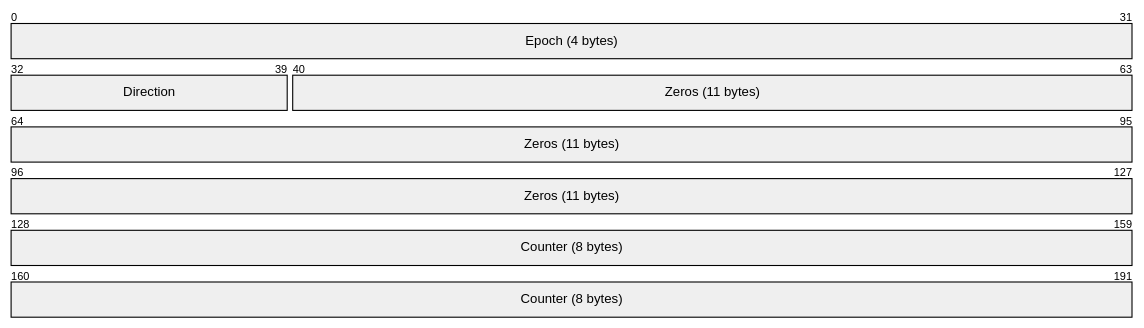
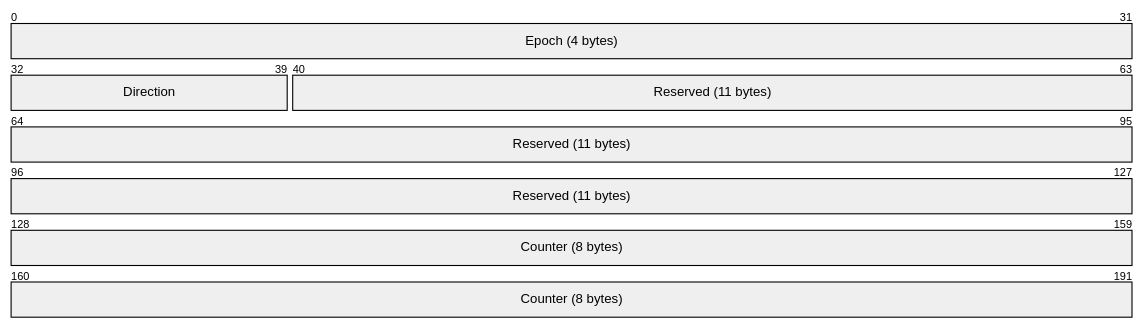
Before and after one commit to DanEscher98/nomad-specs: the fifth of 7 diagrams in specs/1-SECURITY.md, drawn with Mermaid. The commit also changed other lines of this file and 2 other files, not shown here.

````diff
--- a/specs/1-SECURITY.md
+++ b/specs/1-SECURITY.md
@@ -256,7 +256,7 @@
 ```mermaid
 packet
   +32: "Epoch (4 bytes)"
   +8: "Direction"
-  +88: "Zeros (11 bytes)"
+  +88: "Reserved (11 bytes)"
   +64: "Counter (8 bytes)"
 ```
````
